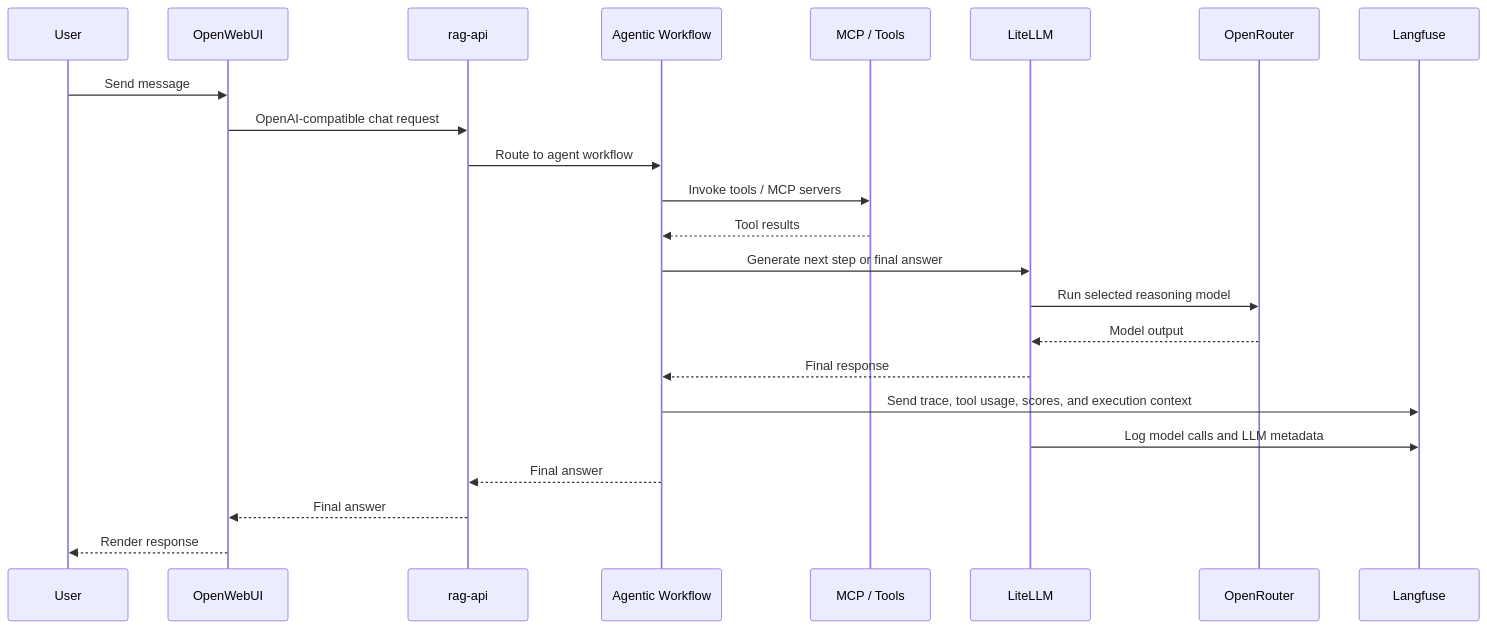
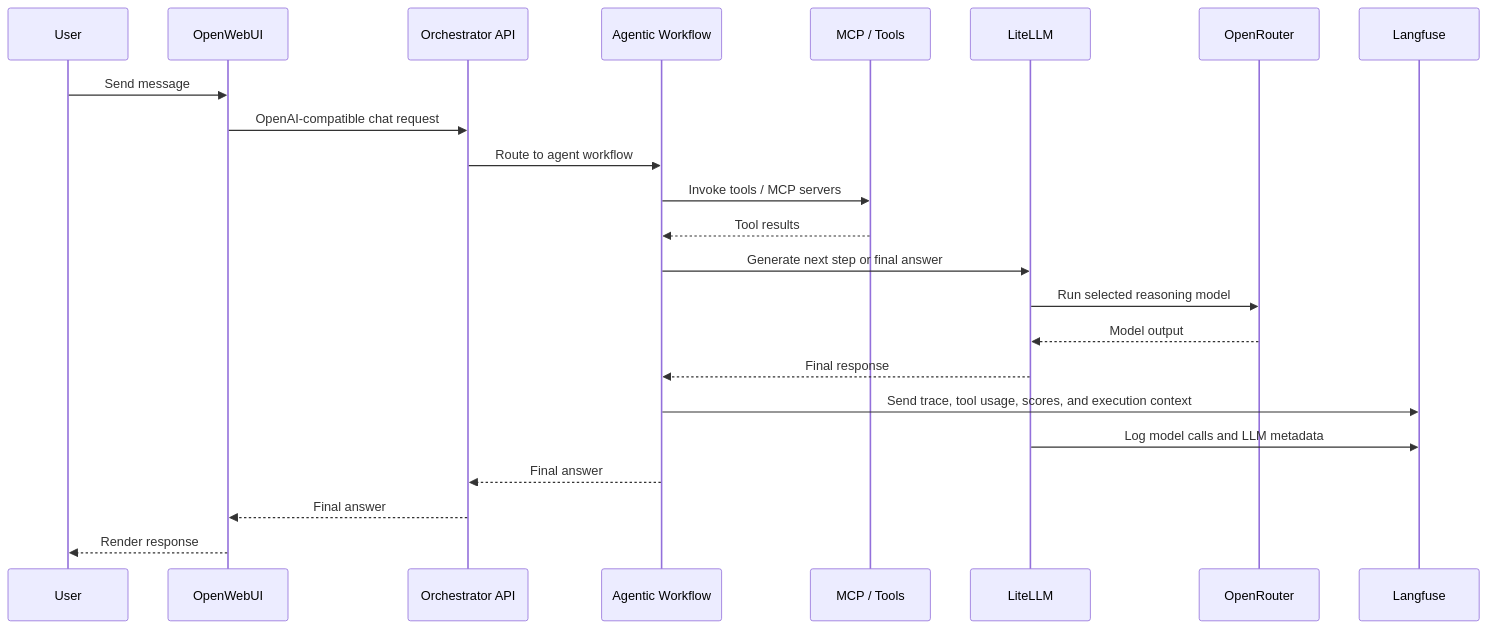
The third of 3 diagrams in docs/architecture.md (glaborie/agentguard), drawn with Mermaid before and after one commit. The commit also changed other lines of this file, not shown here.

Commit message:
Rename rag-api to Orchestrator API in architecture docs

````diff
--- a/docs/architecture.md
+++ b/docs/architecture.md
@@ -133,30 +133,30 @@
 ```mermaid
 sequenceDiagram
     participant User
     participant OpenWebUI
-    participant RAGAPI as rag-api
+    participant OrchestratorAPI as Orchestrator API
     participant Agent as Agentic Workflow
     participant MCPTools as MCP / Tools
     participant LiteLLM
     participant OpenRouter
     participant Langfuse
 
     User->>OpenWebUI: Send message
-    OpenWebUI->>RAGAPI: OpenAI-compatible chat request
+    OpenWebUI->>OrchestratorAPI: OpenAI-compatible chat request
 
-    RAGAPI->>Agent: Route to agent workflow
+    OrchestratorAPI->>Agent: Route to agent workflow
     Agent->>MCPTools: Invoke tools / MCP servers
     MCPTools-->>Agent: Tool results
 
     Agent->>LiteLLM: Generate next step or final answer
     LiteLLM->>OpenRouter: Run selected reasoning model
     OpenRouter-->>LiteLLM: Model output
     LiteLLM-->>Agent: Final response
 
     Agent->>Langfuse: Send trace, tool usage, scores, and execution context
     LiteLLM->>Langfuse: Log model calls and LLM metadata
 
-    Agent-->>RAGAPI: Final answer
-    RAGAPI-->>OpenWebUI: Final answer
+    Agent-->>OrchestratorAPI: Final answer
+    OrchestratorAPI-->>OpenWebUI: Final answer
     OpenWebUI-->>User: Render response
 ```
````
